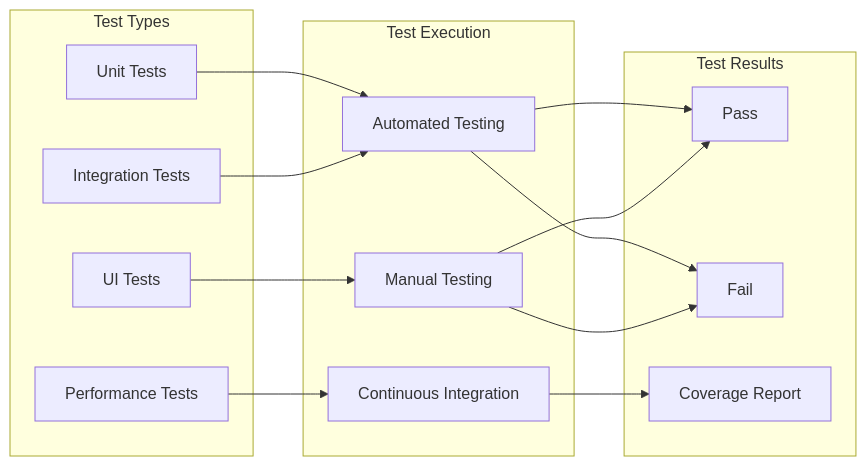
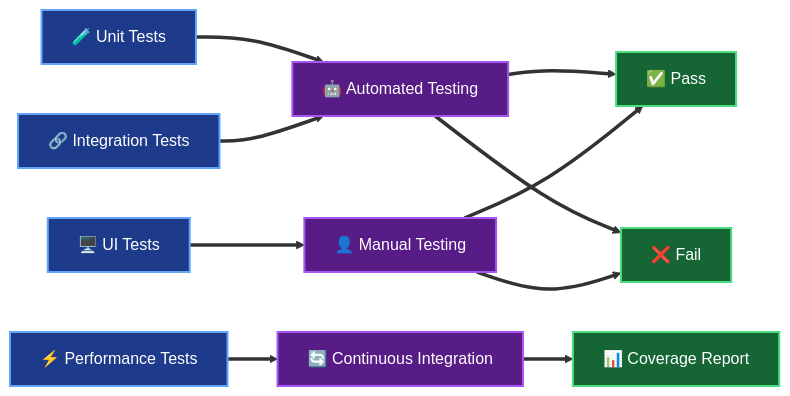
One commit to usathyan/paper-qa-ui changed diagram 17 of 18 in docs/DEVELOPER.md. Above: the diagram before and after it, drawn with Mermaid. The commit also changed other lines of this file, not shown here.

````diff
--- a/docs/DEVELOPER.md
+++ b/docs/DEVELOPER.md
@@ -923,32 +942,39 @@
 ```mermaid
-graph LR
-    subgraph "Test Types"
-        UNIT[Unit Tests]
-        INTEGRATION[Integration Tests]
-        UI[UI Tests]
-        PERFORMANCE[Performance Tests]
-    end
+flowchart LR
+    %% Test Types
+    UNIT[🧪 Unit Tests]
+    INTEGRATION[🔗 Integration Tests]
+    UI[🖥️ UI Tests]
+    PERFORMANCE[⚡ Performance Tests]
     
-    subgraph "Test Execution"
-        AUTOMATED[Automated Testing]
-        MANUAL[Manual Testing]
-        CONTINUOUS[Continuous Integration]
-    end
+    %% Test Execution
+    AUTOMATED[🤖 Automated Testing]
+    MANUAL[👤 Manual Testing]
+    CONTINUOUS[🔄 Continuous Integration]
     
-    subgraph "Test Results"
-        PASS[Pass]
-        FAIL[Fail]
-        COVERAGE[Coverage Report]
-    end
+    %% Test Results
+    PASS[✅ Pass]
+    FAIL[❌ Fail]
+    COVERAGE[📊 Coverage Report]
     
-    UNIT --> AUTOMATED
-    INTEGRATION --> AUTOMATED
-    UI --> MANUAL
-    PERFORMANCE --> CONTINUOUS
+    %% Flow
+    UNIT ==> AUTOMATED
+    INTEGRATION ==> AUTOMATED
+    UI ==> MANUAL
+    PERFORMANCE ==> CONTINUOUS
     
-    AUTOMATED --> PASS
-    AUTOMATED --> FAIL
-    MANUAL --> PASS
-    MANUAL --> FAIL
-    CONTINUOUS --> COVERAGE
+    AUTOMATED ==> PASS
+    AUTOMATED ==> FAIL
+    MANUAL ==> PASS
+    MANUAL ==> FAIL
+    CONTINUOUS ==> COVERAGE
+    
+    %% Styling
+    classDef testStyle fill:#1e3a8a,stroke:#60a5fa,stroke-width:2px,color:#ffffff
+    classDef executionStyle fill:#581c87,stroke:#a855f7,stroke-width:2px,color:#ffffff
+    classDef resultStyle fill:#166534,stroke:#4ade80,stroke-width:2px,color:#ffffff
+    
+    class UNIT,INTEGRATION,UI,PERFORMANCE testStyle
+    class AUTOMATED,MANUAL,CONTINUOUS executionStyle
+    class PASS,FAIL,COVERAGE resultStyle
 ```
````
